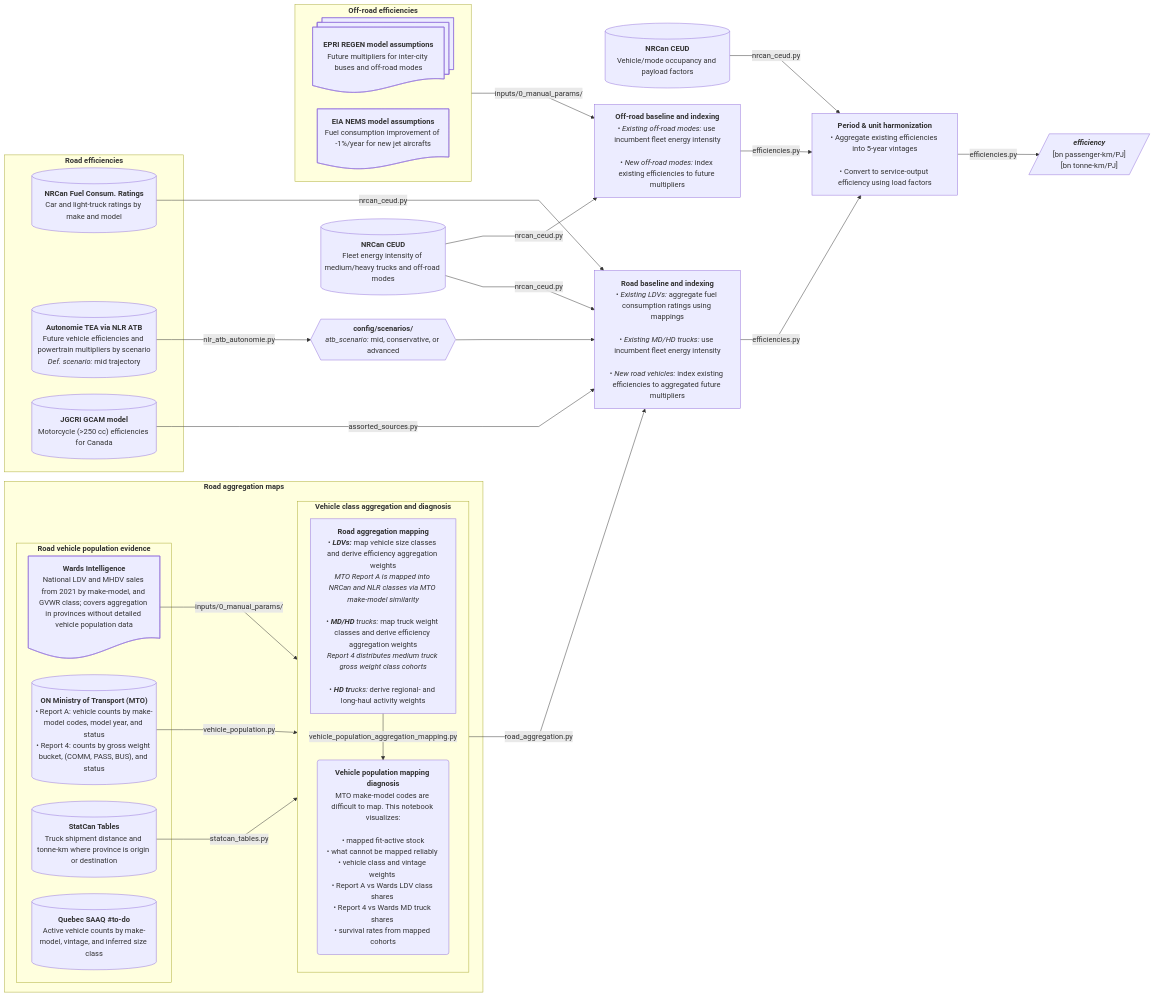
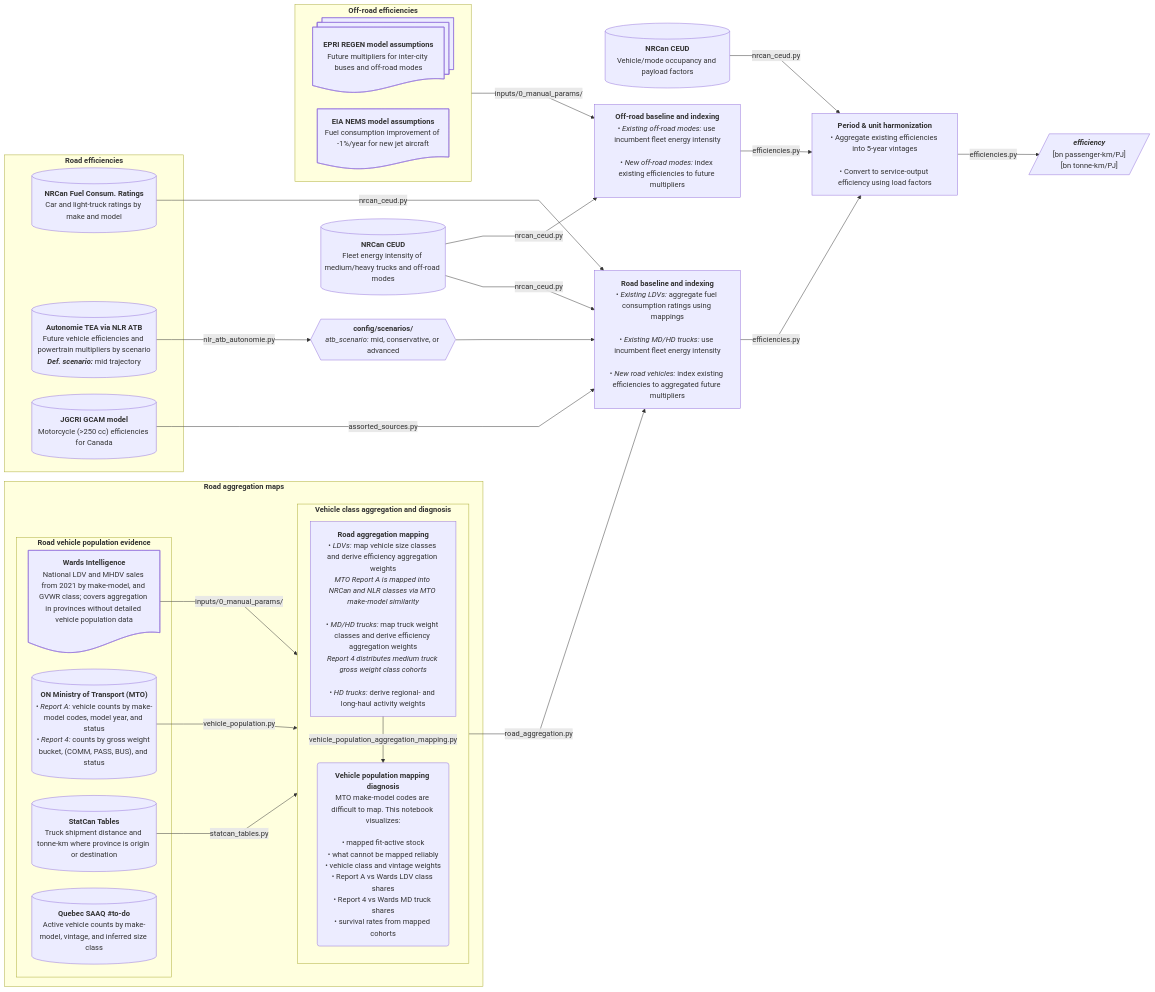
Before and after one commit to CANOE-main/canoe-transportation: the sixth of 12 diagrams in docs/etl_flowcharts.md, drawn with Mermaid. The commit also changed other lines of this file and 10 other files, not shown here.

```diff
--- a/docs/etl_flowcharts.md
+++ b/docs/etl_flowcharts.md
@@ -362,69 +428,93 @@
     curve: linear
 ---
 flowchart LR
-  %% --- Sources ---
+  %% ########### Sources ###########
   subgraph road_agg["`**Road aggregation maps**`"]
-  subgraph agg["`**Road vehicle population evidence**`"]
-	  s3@{shape: doc, label: "**Wards Intelligence**<br>National LDV and MHDV sales from 2021 by make-model, and GVWR class; covers aggregation in provinces without detailed vehicle population data"}
-	  s4[("`**ON Ministry of Transport (MTO)**<br>• Report A: vehicle counts by make-model codes, model year, and status<br>• Report 4: counts by gross weight bucket, (COMM, PASS, BUS), and status`")]
-	  s10[("`**StatCan Tables**<br>Truck shipment distance and tonne-km where province is origin or destination`")]
-    s5[("`**Quebec SAAQ #to-do**<br>Active vehicle counts by make-model, vintage, and inferred size class`")]
-  end
-  subgraph aggregation["`**Vehicle class aggregation and diagnosis**`"]
-  direction TB
-    p0["`**Road aggregation mapping**
-    • ***LDVs:*** map vehicle size classes and derive efficiency aggregation weights
-    *MTO Report A is mapped into NRCan and NLR classes via MTO make-model similarity*<br>
-    • ***MD/HD** trucks:* map truck weight classes and derive efficiency aggregation weights
-    *Report 4 distributes medium truck gross weight class cohorts*<br>
-    • ***HD tr**ucks:* derive regional- and long-haul activity weights`"]
-    p0_2("`**Vehicle population mapping diagnosis**`"
-    MTO make-model codes are difficult to map. This notebook visualizes:<br>
-    • mapped fit-active stock
-    • what cannot be mapped reliably 
-    • vehicle class and vintage weights 
-    • Report A vs Wards LDV class shares 
-    • Report 4 vs Wards MD truck shares 
-    • survival rates from mapped cohorts)
-    p0 -- vehicle_population_aggregation_mapping.py --> p0_2
-  end
-	s3 -- inputs/0_manual_params/ --> aggregation
-  s4 -- vehicle_population.py --> aggregation
-  s10 -- statcan_tables.py --> aggregation
+    subgraph agg["`**Road vehicle population evidence**`"]
+      s3@{shape: doc, label: "**Wards Intelligence**
+        National LDV and MHDV sales from 2021 by make-model, and GVWR class; covers aggregation in provinces without detailed vehicle population data"}
+      s4[("`**ON Ministry of Transport (MTO)**
+        • *Report A:* vehicle counts by make-model codes, model year, and status
+        • *Report 4:* counts by gross weight bucket, (COMM, PASS, BUS), and status`")]
+      s10[("`**StatCan Tables**
+        Truck shipment distance and tonne-km where province is origin or destination`")]
+      s5[("`**Quebec SAAQ #to-do**
+        Active vehicle counts by make-model, vintage, and inferred size class`")]
+    end
+
+    subgraph aggregation["`**Vehicle class aggregation and diagnosis**`"]
+      direction TB
+      p0["`**Road aggregation mapping**
+        • *LDVs:* map vehicle size classes and derive efficiency aggregation weights
+        *MTO Report A is mapped into NRCan and NLR classes via MTO make-model similarity*<br>
+        • *MD/HD trucks:* map truck weight classes and derive efficiency aggregation weights
+        *Report 4 distributes medium truck gross weight class cohorts*<br>
+        • *HD trucks:* derive regional- and long-haul activity weights`"]
+      p0_2("`**Vehicle population mapping diagnosis**`"
+        MTO make-model codes are difficult to map. This notebook visualizes:<br>
+        • mapped fit-active stock
+        • what cannot be mapped reliably
+        • vehicle class and vintage weights
+        • Report A vs Wards LDV class shares
+        • Report 4 vs Wards MD truck shares
+        • survival rates from mapped cohorts)
+      p0 -- vehicle_population_aggregation_mapping.py --> p0_2
+    end
+    s3 -- inputs/0_manual_params/ --> aggregation
+    s4 -- vehicle_population.py --> aggregation
+    s10 -- statcan_tables.py --> aggregation
   end
 
   subgraph road["`**Road efficiencies**`"]
-	  s1[("`**NRCan Fuel Consum. Ratings**<br>Car and light-truck ratings by make and model`")]
-	  s2[("`**Autonomie TEA via NLR ATB**<br>Future vehicle efficiencies and powertrain multipliers by scenario<br>*Def. scenario:* mid trajectory`")]
-	  s2_2[("`**JGCRI GCAM model**<br>Motorcycle (>250 cc) efficiencies for Canada`")]
+    s1[("`**NRCan Fuel Consum. Ratings**
+      Car and light-truck ratings by make and model`")]
+    s2[("`**Autonomie TEA via NLR ATB**
+      Future vehicle efficiencies and powertrain multipliers by scenario
+      ***Def. scenario:*** mid trajectory`")]
+    s2_2[("`**JGCRI GCAM model**
+      Motorcycle (>250 cc) efficiencies for Canada`")]
   end
   
   subgraph off["`**Off-road efficiencies**`"]
-  direction LR
-	  s7@{shape: docs, label: "**EPRI REGEN model assumptions**<br>Future multipliers for inter-city buses and off-road modes"}
-	  s8@{shape: doc, label: "**EIA NEMS model assumptions**<br>Fuel consumption improvement of -1%/year for new jet aircrafts"}
+    direction LR
+    s7@{shape: docs, label: "**EPRI REGEN model assumptions**
+      Future multipliers for inter-city buses and off-road modes"}
+    s8@{shape: doc, label: "**EIA NEMS model assumptions**
+      Fuel consumption improvement of -1%/year for new jet aircraft"}
   end
   
-  s0[("`**NRCan CEUD**<br>Fleet energy intensity of medium/heavy trucks and off-road modes`")]
-  s9[("`**NRCan CEUD**<br>Vehicle/mode occupancy and payload factors`")]
+  s0[("`**NRCan CEUD**
+    Fleet energy intensity of medium/heavy trucks and off-road modes`")]
+  s9[("`**NRCan CEUD**
+    Vehicle/mode occupancy and payload factors`")]
 
-  %% --- Processes ---
+  %% ########### Processes ###########
   s0 -- nrcan_ceud.py --> p3 & p2
 
-  p2_2@{shape: hex, label: "**config/scenarios/**<br>*atb_scenario:* mid, conservative, or advanced"}
-  p2["`**Road baseline and indexing**<br>• *Existing LDVs:* aggregate fuel consumption ratings using mappings<br><br>• *Existing MD/HD trucks:* use incumbent fleet energy intensity<br><br>• *New road vehicles:* index existing efficiencies to aggregated future multipliers`"]
+  p2_2@{shape: hex, label: "**config/scenarios/**
+    *atb_scenario:* mid, conservative, or advanced"}
+  p2["`**Road baseline and indexing**
+    • *Existing LDVs:* aggregate fuel consumption ratings using mappings<br>
+    • *Existing MD/HD trucks:* use incumbent fleet energy intensity<br>
+    • *New road vehicles:* index existing efficiencies to aggregated future multipliers`"]
   s1 -- nrcan_ceud.py --> p2
   s2 -- nlr_atb_autonomie.py --> p2_2 --> p2
   s2_2 -- assorted_sources.py --> p2
   aggregation -- road_aggregation.py --> p2
   
-  p3["`**Off-road baseline and indexing**<br>• *Existing off-road modes:* use incumbent fleet energy intensity<br><br>• *New off-road modes:* index existing efficiencies to future multipliers`"]
+  p3["`**Off-road baseline and indexing**
+    • *Existing off-road modes:* use incumbent fleet energy intensity<br>
+    • *New off-road modes:* index existing efficiencies to future multipliers`"]
   off -- inputs/0_manual_params/ --> p3
     
-  p4["`**Period & unit harmonization**<br>• Aggregate existing efficiencies into 5-year vintages<br><br>• Convert to service-output efficiency using load factors`"]
+  p4["`**Period & unit harmonization**
+    • Aggregate existing efficiencies into 5-year vintages<br>
+    • Convert to service-output efficiency using load factors`"]
   s9 -- nrcan_ceud.py --> p4
   p2 -- efficiencies.py --> p4
-  p3 -- efficiencies.py --> p4 -- efficiencies.py --> o1[/"`***efficiency***<br>[bn passenger-km/PJ]<br>[bn tonne-km/PJ]`"/]
+  p3 -- efficiencies.py --> p4 -- efficiencies.py --> o1[/"`***efficiency***
+    [bn passenger-km/PJ]
+    [bn tonne-km/PJ]`"/]
   
   %% --- Hyperlinks ---
   click s5 "https://www.donneesquebec.ca/recherche/dataset/vehicules-en-circulation"
```
